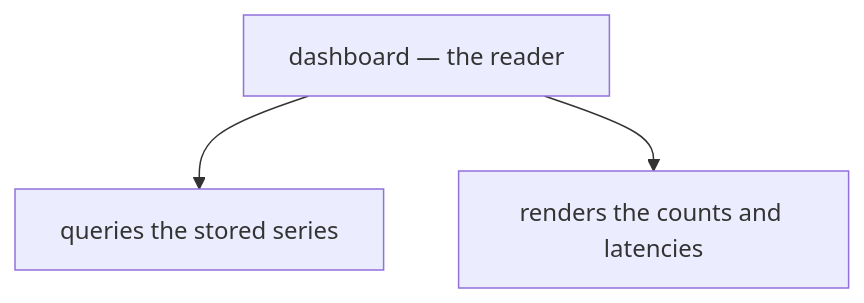
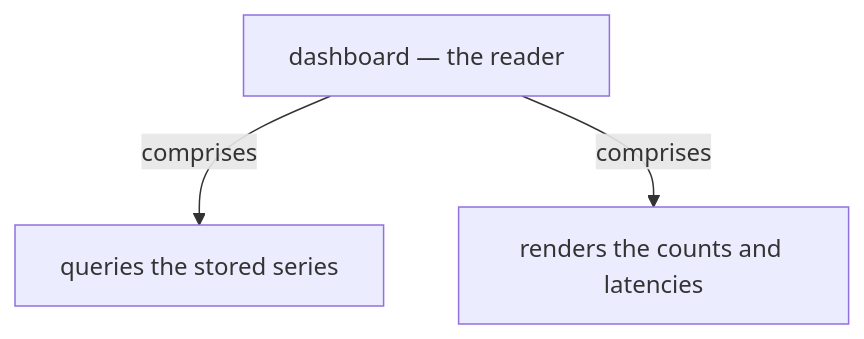
The eighth of 14 diagrams in docs/ch31-application-metrics.md (vinayakuber/microservices-io-study-guide), drawn with Mermaid before and after one commit. The commit also changed other lines of this file and 71 other files, not shown here.

First line of the commit message:
R18: label every diagram arrow with its meaning

````diff
--- a/docs/ch31-application-metrics.md
+++ b/docs/ch31-application-metrics.md
@@ -209,6 +209,6 @@
 ```mermaid
 flowchart TD
   R["dashboard — the reader"]
-  R --> P0["queries the stored series"]
-  R --> P1["renders the counts and latencies"]
+  R -->|"comprises"| P0["queries the stored series"]
+  R -->|"comprises"| P1["renders the counts and latencies"]
 ```
````
